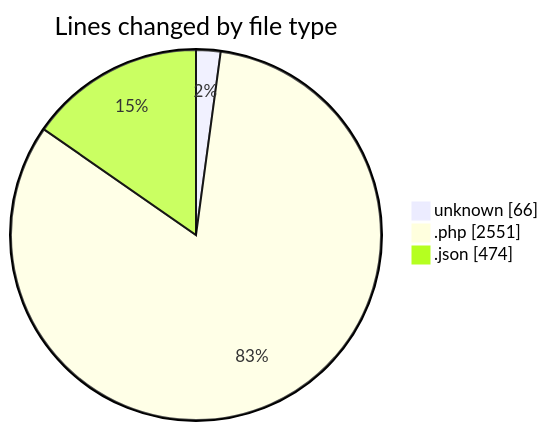
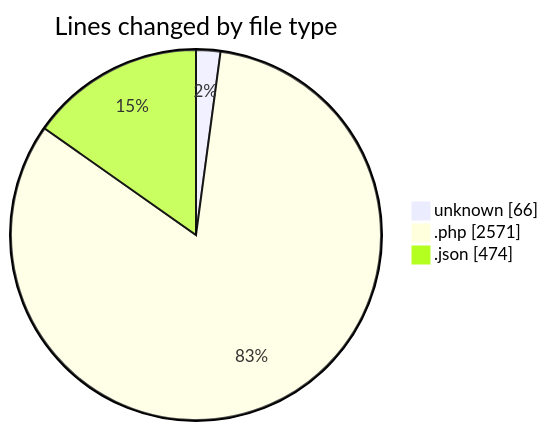
One commit to idhammustaqopulfikri/code-tracking changed the first of 2 diagrams in 2025-05-27/studio-backend/README.md. Above: the diagram before and after it, drawn with Mermaid. The commit also changed other lines of this file and 1 other file, not shown here.

````diff
--- a/2025-05-27/studio-backend/README.md
+++ b/2025-05-27/studio-backend/README.md
@@ -54,7 +54,7 @@
 ```mermaid
 pie showData
 title Lines changed by file type
 "unknown" : 66
-".php" : 2551
+".php" : 2571
 ".json" : 474
 ```
````
